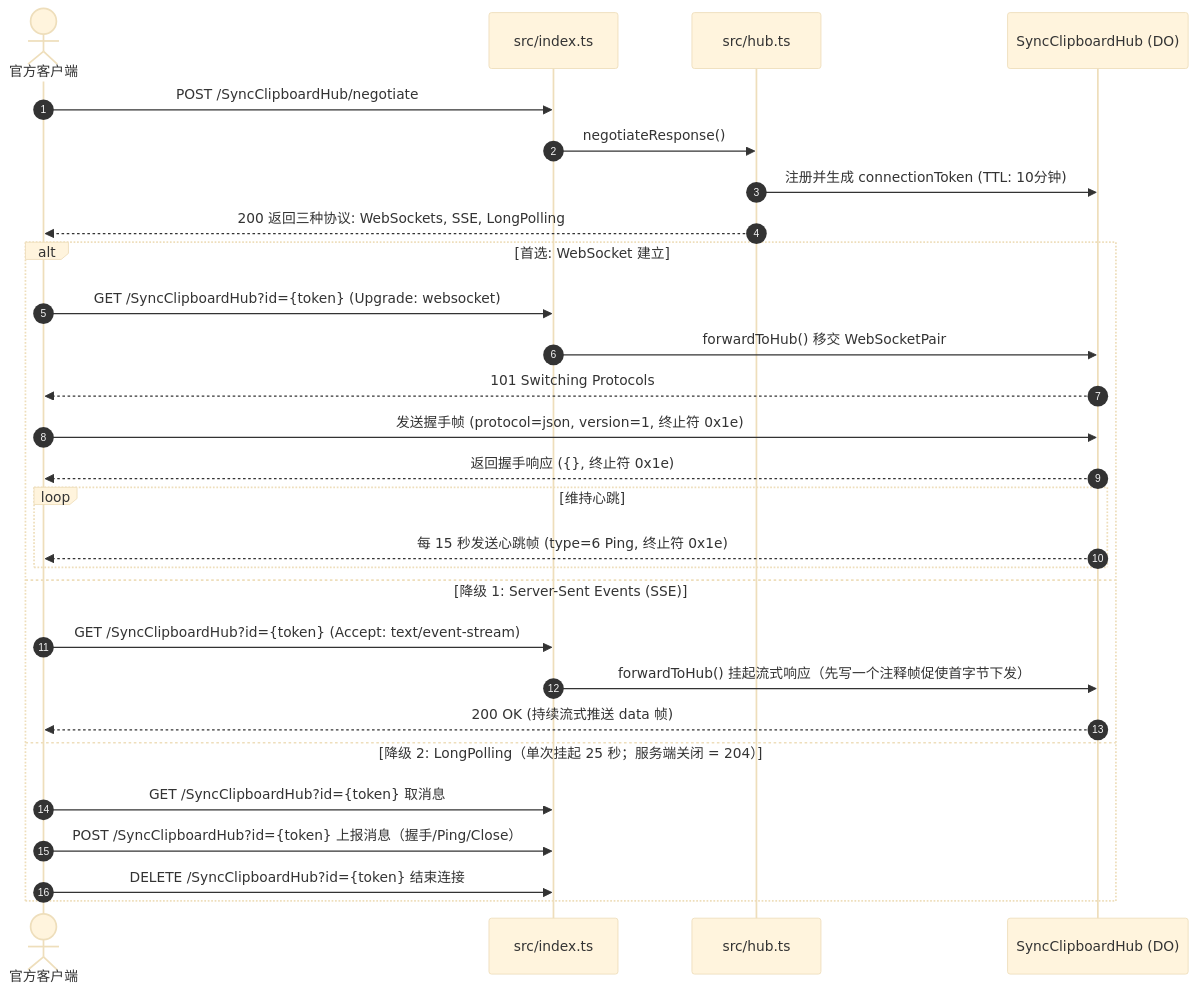
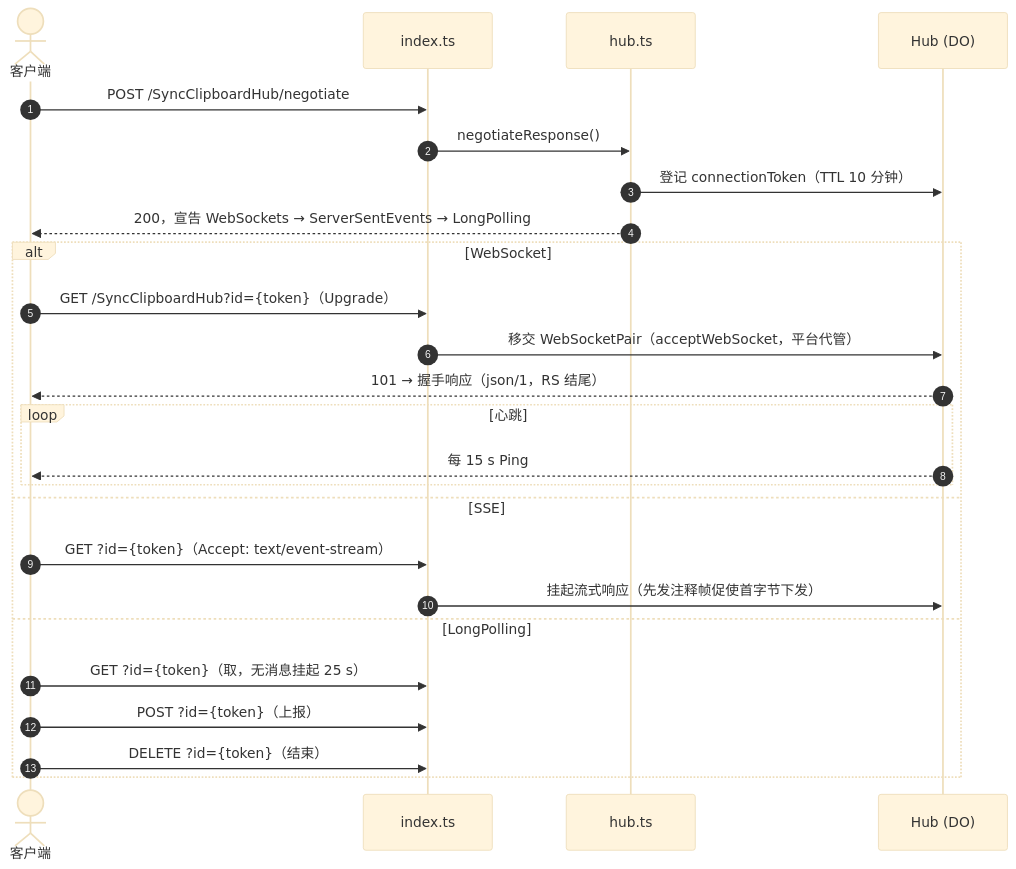
The third of 4 diagrams in docs/project-analysis.md (Leexunhuan743/SyncClipboardCfServer), drawn with Mermaid (base theme) before and after one commit. The commit also changed other lines of this file and 10 other files, not shown here.

````diff
--- a/docs/project-analysis.md
+++ b/docs/project-analysis.md
@@ -314,32 +352,28 @@
 ```mermaid
 sequenceDiagram
     autonumber
-    actor Client as 官方客户端
-    participant Entry as src/index.ts
-    participant HubRoute as src/hub.ts
-    participant DO as SyncClipboardHub (DO)
+    actor C as 客户端
+    participant E as index.ts
+    participant H as hub.ts
+    participant DO as Hub (DO)
 
-    Client->>Entry: POST /SyncClipboardHub/negotiate
-    Entry->>HubRoute: negotiateResponse()
-    HubRoute->>DO: 注册并生成 connectionToken (TTL: 10分钟)
-    HubRoute-->>Client: 200 返回三种协议: WebSockets, SSE, LongPolling
-
-    alt 首选: WebSocket 建立
-        Client->>Entry: GET /SyncClipboardHub?id={token} (Upgrade: websocket)
-        Entry->>DO: forwardToHub() 移交 WebSocketPair
-        DO-->>Client: 101 Switching Protocols
-        Client->>DO: 发送握手帧 (protocol=json, version=1, 终止符 0x1e)
-        DO-->>Client: 返回握手响应 ({}, 终止符 0x1e)
-        loop 维持心跳
-            DO-->>Client: 每 15 秒发送心跳帧 (type=6 Ping, 终止符 0x1e)
+    C->>E: POST /SyncClipboardHub/negotiate
+    E->>H: negotiateResponse()
+    H->>DO: 登记 connectionToken（TTL 10 分钟）
+    H-->>C: 200，宣告 WebSockets → ServerSentEvents → LongPolling
+    alt WebSocket
+        C->>E: GET /SyncClipboardHub?id={token}（Upgrade）
+        E->>DO: 移交 WebSocketPair（acceptWebSocket，平台代管）
+        DO-->>C: 101 → 握手响应（json/1，RS 结尾）
+        loop 心跳
+            DO-->>C: 每 15 s Ping
         end
-    else 降级 1: Server-Sent Events (SSE)
-        Client->>Entry: GET /SyncClipboardHub?id={token} (Accept: text/event-stream)
-        Entry->>DO: forwardToHub() 挂起流式响应（先写一个注释帧促使首字节下发）
-        DO-->>Client: 200 OK (持续流式推送 data 帧)
-    else 降级 2: LongPolling（单次挂起 25 秒；服务端关闭 = 204）
-        Client->>Entry: GET /SyncClipboardHub?id={token}  取消息
-        Client->>Entry: POST /SyncClipboardHub?id={token} 上报消息（握手/Ping/Close）
-        Client->>Entry: DELETE /SyncClipboardHub?id={token} 结束连接
+    else SSE
+        C->>E: GET ?id={token}（Accept: text/event-stream）
+        E->>DO: 挂起流式响应（先发注释帧促使首字节下发）
+    else LongPolling
+        C->>E: GET ?id={token}（取，无消息挂起 25 s）
+        C->>E: POST ?id={token}（上报）
+        C->>E: DELETE ?id={token}（结束）
     end
 ```
````
